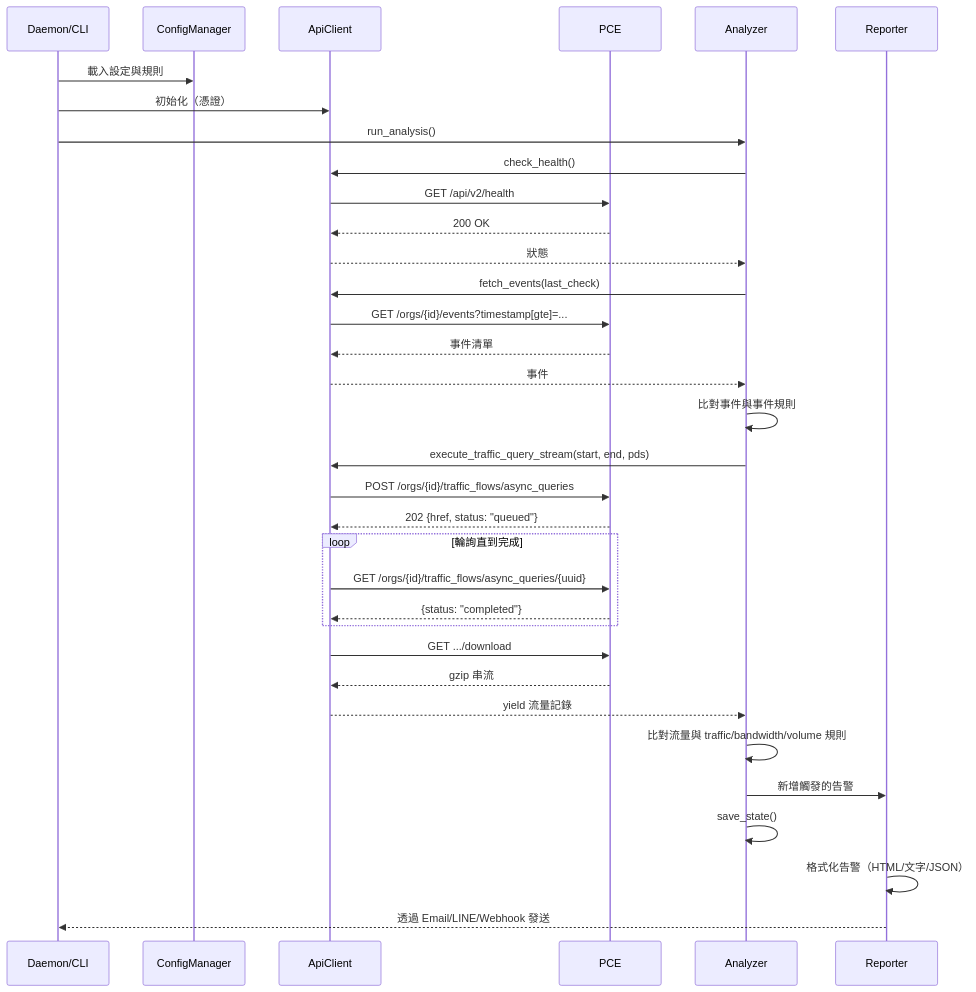
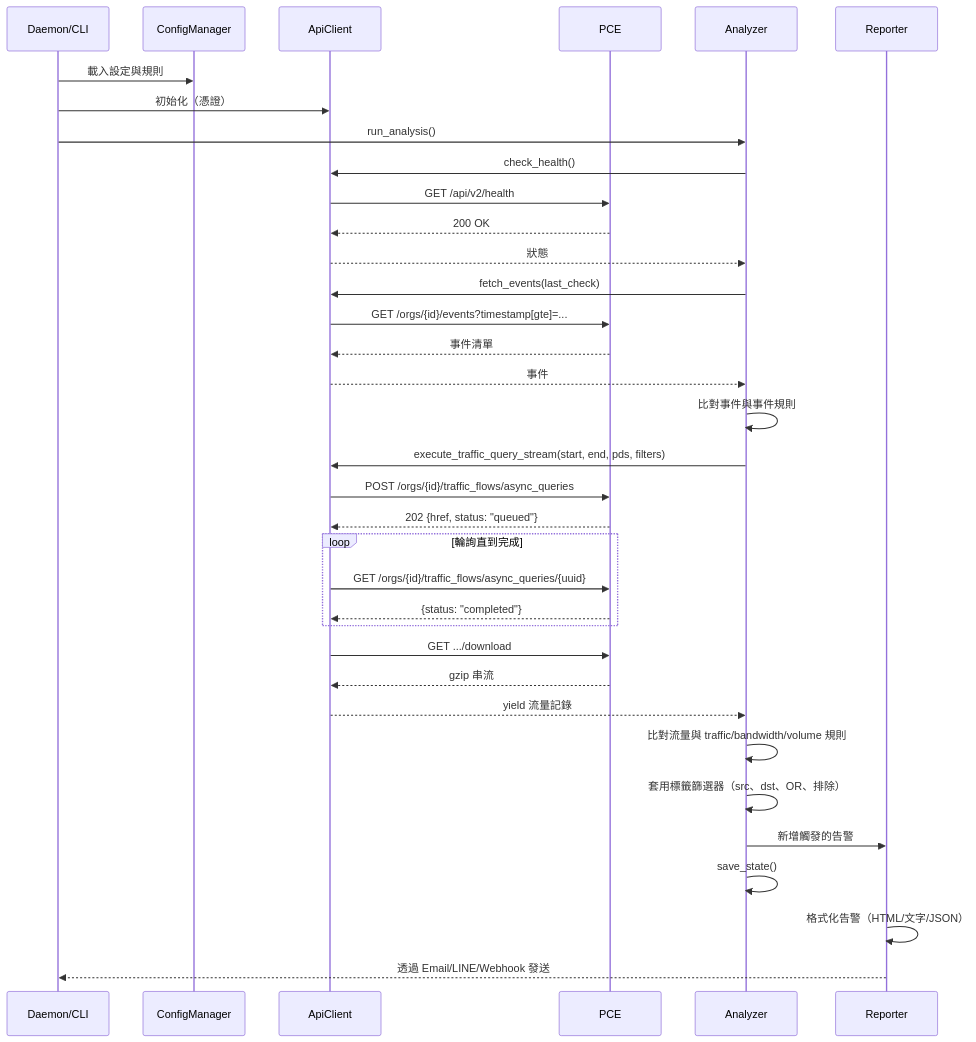
Before and after one commit to harry10148/illumio-ops: the second of 2 diagrams in docs/Project_Architecture_zh.md, drawn with Mermaid. The commit also changed other lines of this file and 15 other files, not shown here.

````diff
--- a/docs/Project_Architecture_zh.md
+++ b/docs/Project_Architecture_zh.md
@@ -230,42 +361,43 @@
 ```mermaid
 sequenceDiagram
     participant D as Daemon/CLI
     participant C as ConfigManager
     participant A as ApiClient
     participant P as PCE
     participant E as Analyzer
     participant R as Reporter
 
     D->>C: 載入設定與規則
     D->>A: 初始化（憑證）
     D->>E: run_analysis()
 
     E->>A: check_health()
     A->>P: GET /api/v2/health
     P-->>A: 200 OK
     A-->>E: 狀態
 
     E->>A: fetch_events(last_check)
     A->>P: GET /orgs/{id}/events?timestamp[gte]=...
     P-->>A: 事件清單
     A-->>E: 事件
     E->>E: 比對事件與事件規則
 
-    E->>A: execute_traffic_query_stream(start, end, pds)
+    E->>A: execute_traffic_query_stream(start, end, pds, filters)
     A->>P: POST /orgs/{id}/traffic_flows/async_queries
     P-->>A: 202 {href, status: "queued"}
     loop 輪詢直到完成
         A->>P: GET /orgs/{id}/traffic_flows/async_queries/{uuid}
         P-->>A: {status: "completed"}
     end
     A->>P: GET .../download
     P-->>A: gzip 串流
     A-->>E: yield 流量記錄
 
     E->>E: 比對流量與 traffic/bandwidth/volume 規則
+    E->>E: 套用標籤篩選器（src、dst、OR、排除）
     E->>R: 新增觸發的告警
     E->>E: save_state()
 
     R->>R: 格式化告警（HTML/文字/JSON）
     R-->>D: 透過 Email/LINE/Webhook 發送
 ```
````
